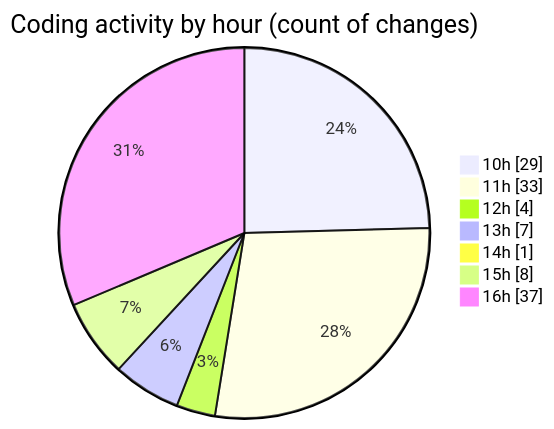
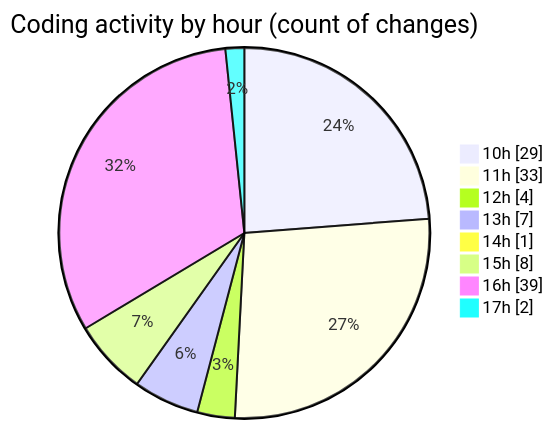
One commit to momahboobian/code-tracking changed the second of 2 diagrams in 2025-06-05/cda/README.md. Above: the diagram before and after it, drawn with Mermaid. The commit also changed other lines of this file and 1 other file, not shown here.

````diff
--- a/2025-06-05/cda/README.md
+++ b/2025-06-05/cda/README.md
@@ -64,11 +64,12 @@
 ```mermaid
 pie showData
 title Coding activity by hour (count of changes)
 "10h" : 29
 "11h" : 33
 "12h" : 4
 "13h" : 7
 "14h" : 1
 "15h" : 8
-"16h" : 37
+"16h" : 39
+"17h" : 2
 ```
````
